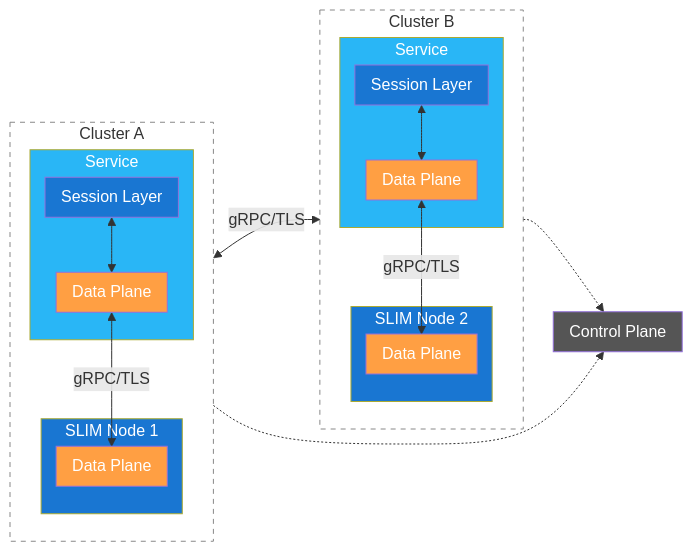
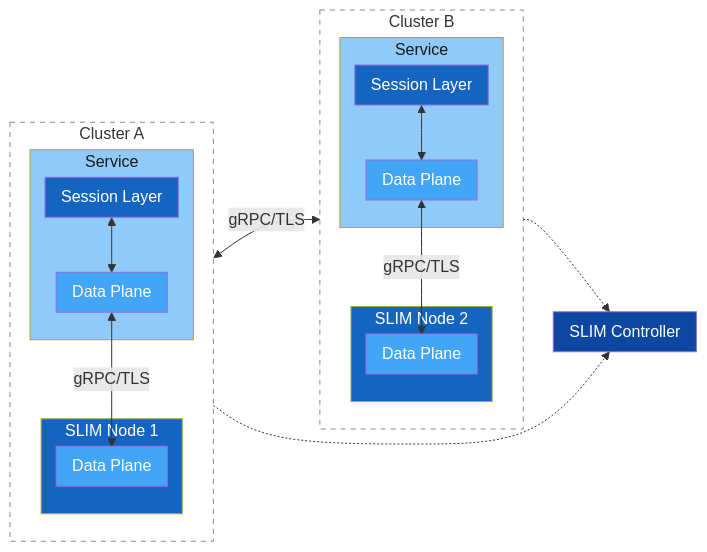
One commit to agntcy/blogs changed the third of 7 diagrams in presentations/slim-multicluster-demo/slim-multicluster-demo.md. Above: the diagram before and after it, drawn with Mermaid. The commit also changed other lines of this file, not shown here.

````diff
--- a/presentations/slim-multicluster-demo/slim-multicluster-demo.md
+++ b/presentations/slim-multicluster-demo/slim-multicluster-demo.md
@@ -157,47 +157,47 @@
 ```mermaid
 %%{init: {'flowchart': {'nodeSpacing': 10, 'rankSpacing': 30, 'padding': 8}}}%%
 graph LR
     subgraph ClusterA["Cluster A"]
         direction TB
         subgraph SA["Service"]
             SLA[Session Layer]
             DPA[Data Plane]
             SLA <--> DPA
         end
         subgraph SN1["SLIM Node 1"]
             DPN1[Data Plane]
         end
         DPA <-- "gRPC/TLS" --> DPN1
     end
 
     DPN1 <-- "gRPC/TLS" --> DPN2
-    SN1 -.-> CP[Control Plane]
+    SN1 -.-> CP[SLIM Controller]
     SN2 -.-> CP
 
     subgraph ClusterB["Cluster B"]
         direction TB
         subgraph SB["Service"]
             SLB[Session Layer]
             DPB[Data Plane]
             SLB <--> DPB
         end
         subgraph SN2["SLIM Node 2"]
             DPN2[Data Plane]
         end
         DPB <-- "gRPC/TLS" --> DPN2
     end
 
-    style CP fill:#555,color:#fff
-    style SA fill:#29b6f6,color:#fff
-    style SB fill:#29b6f6,color:#fff
-    style SLA fill:#1976d2,color:#fff
-    style SLB fill:#1976d2,color:#fff
-    style DPA fill:#FF9F43,color:#fff
-    style DPB fill:#FF9F43,color:#fff
-    style SN1 fill:#1976d2,color:#fff
-    style SN2 fill:#1976d2,color:#fff
-    style DPN1 fill:#FF9F43,color:#fff
-    style DPN2 fill:#FF9F43,color:#fff
+    style CP fill:#0D47A1,color:#fff
+    style SA fill:#90CAF9,color:#1a1a1a
+    style SB fill:#90CAF9,color:#1a1a1a
+    style SLA fill:#1565C0,color:#fff
+    style SLB fill:#1565C0,color:#fff
+    style DPA fill:#42A5F5,color:#fff
+    style DPB fill:#42A5F5,color:#fff
+    style SN1 fill:#1565C0,color:#fff
+    style SN2 fill:#1565C0,color:#fff
+    style DPN1 fill:#42A5F5,color:#fff
+    style DPN2 fill:#42A5F5,color:#fff
     style ClusterA fill:none,stroke:#888,stroke-dasharray: 5 5,color:#333
     style ClusterB fill:none,stroke:#888,stroke-dasharray: 5 5,color:#333
 ```
````
